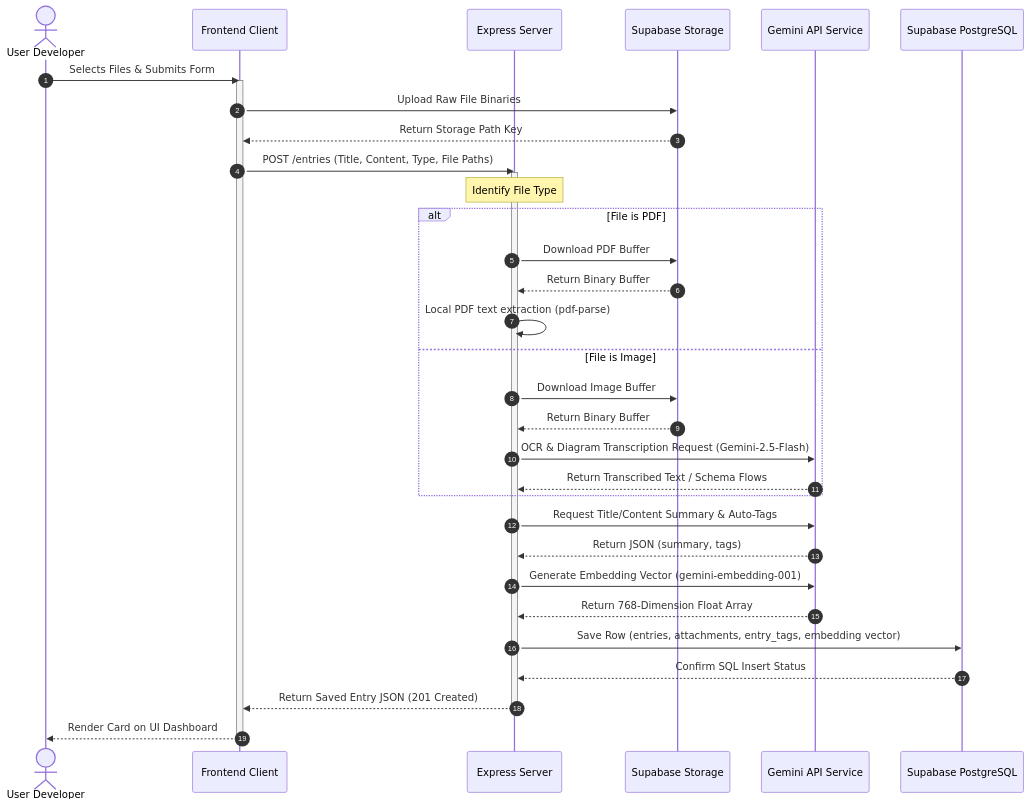
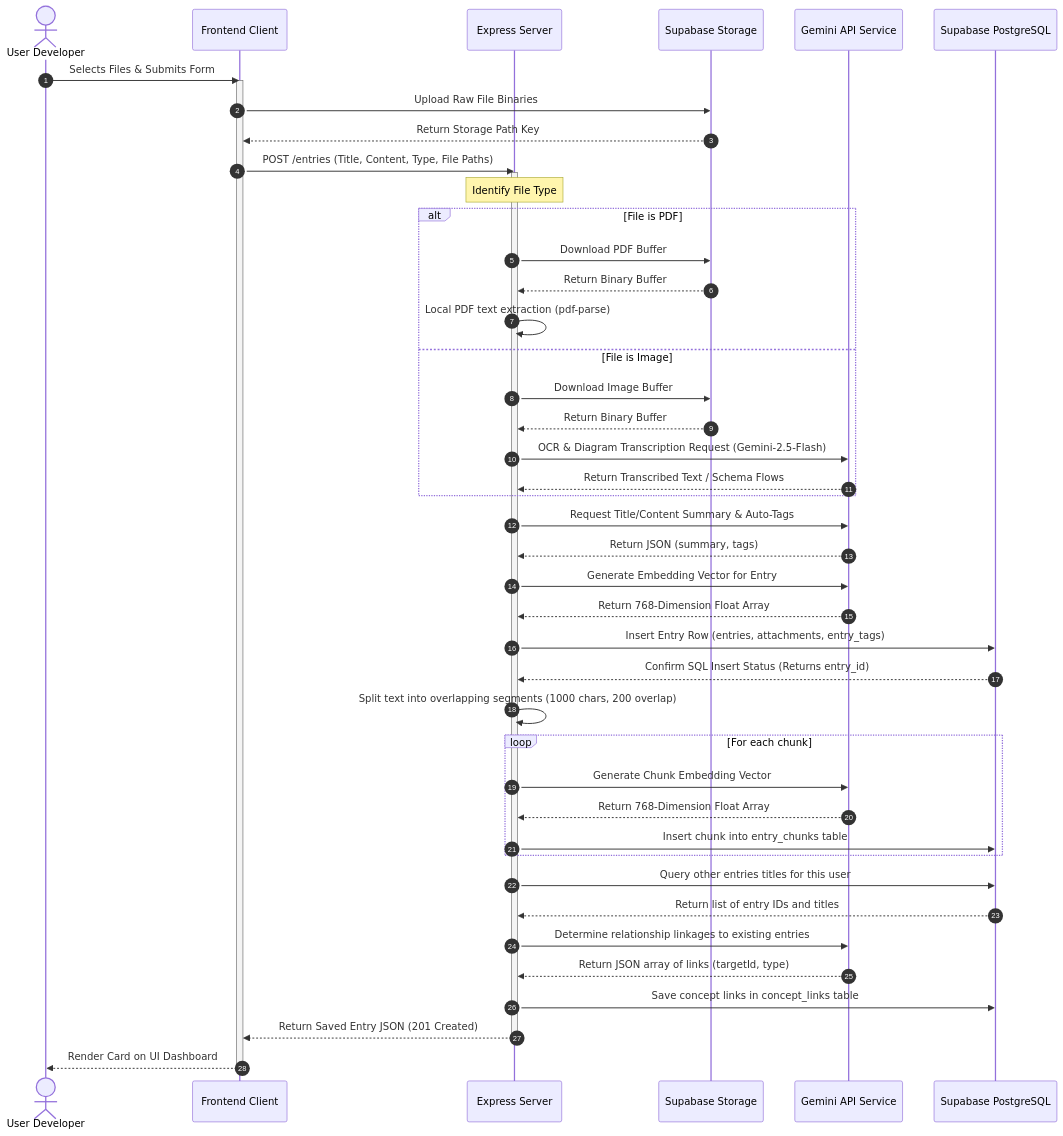
One commit to chavaliadi/knowledge-hub changed the second of 5 diagrams in README.md. Above: the diagram before and after it, drawn with Mermaid. The commit also changed other lines of this file and 4 other files, not shown here.

````diff
--- a/README.md
+++ b/README.md
@@ -99,42 +107,56 @@
 ```mermaid
 sequenceDiagram
     autonumber
     actor User as User Developer
     participant Client as Frontend Client
     participant Server as Express Server
     participant Storage as Supabase Storage
     participant Gemini as Gemini API Service
     participant DB as Supabase PostgreSQL
 
     User->>Client: Selects Files & Submits Form
     activate Client
     Client->>Storage: Upload Raw File Binaries
     Storage-->>Client: Return Storage Path Key
     Client->>Server: POST /entries (Title, Content, Type, File Paths)
     activate Server
 
     Note over Server: Identify File Type
     alt File is PDF
         Server->>Storage: Download PDF Buffer
         Storage-->>Server: Return Binary Buffer
         Server->>Server: Local PDF text extraction (pdf-parse)
     else File is Image
         Server->>Storage: Download Image Buffer
         Storage-->>Server: Return Binary Buffer
         Server->>Gemini: OCR & Diagram Transcription Request (Gemini-2.5-Flash)
         Gemini-->>Server: Return Transcribed Text / Schema Flows
     end
 
     Server->>Gemini: Request Title/Content Summary & Auto-Tags
     Gemini-->>Server: Return JSON (summary, tags)
     
-    Server->>Gemini: Generate Embedding Vector (gemini-embedding-001)
+    Server->>Gemini: Generate Embedding Vector for Entry
     Gemini-->>Server: Return 768-Dimension Float Array
     
-    Server->>DB: Save Row (entries, attachments, entry_tags, embedding vector)
-    DB-->>Server: Confirm SQL Insert Status
+    Server->>DB: Insert Entry Row (entries, attachments, entry_tags)
+    DB-->>Server: Confirm SQL Insert Status (Returns entry_id)
+
+    Server->>Server: Split text into overlapping segments (1000 chars, 200 overlap)
+    loop For each chunk
+        Server->>Gemini: Generate Chunk Embedding Vector
+        Gemini-->>Server: Return 768-Dimension Float Array
+        Server->>DB: Insert chunk into entry_chunks table
+    end
+
+    Server->>DB: Query other entries titles for this user
+    DB-->>Server: Return list of entry IDs and titles
+    Server->>Gemini: Determine relationship linkages to existing entries
+    Gemini-->>Server: Return JSON array of links (targetId, type)
+    Server->>DB: Save concept links in concept_links table
+
     Server-->>Client: Return Saved Entry JSON (201 Created)
     deactivate Server
     Client-->>User: Render Card on UI Dashboard
     deactivate Client
 ```
````
